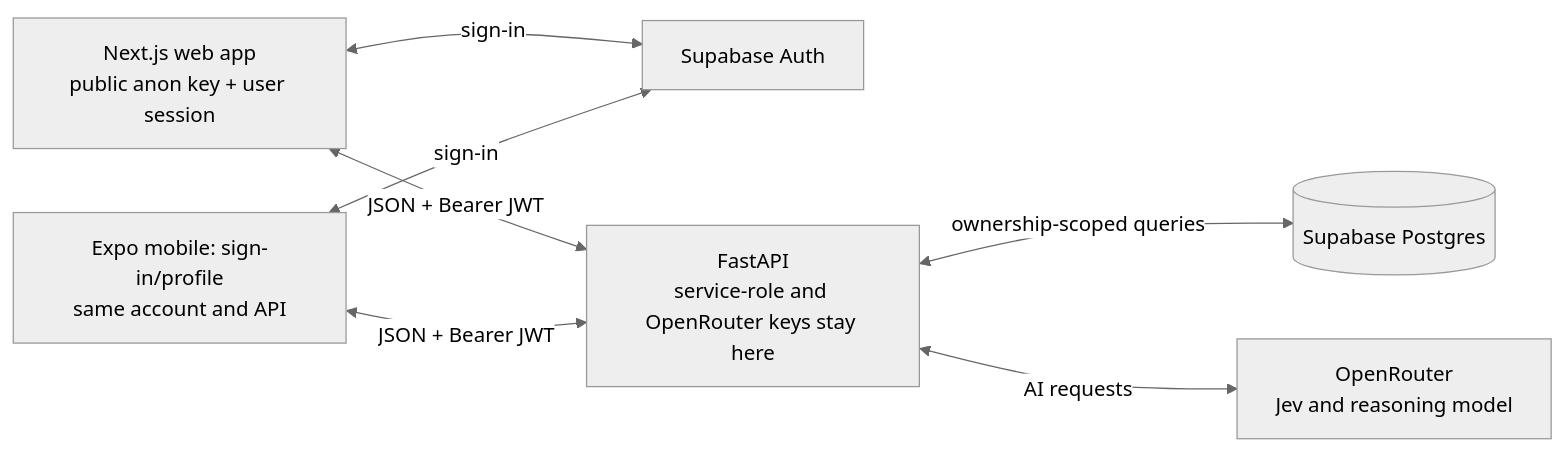
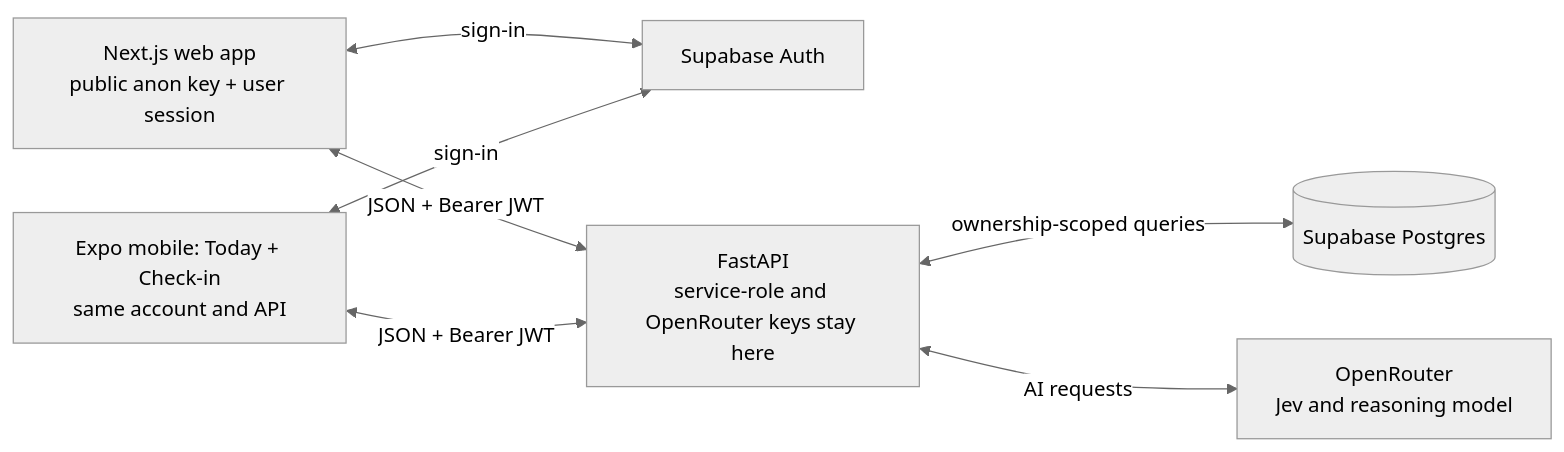
One commit to mnahsanofficial/rhythm-health changed the diagram in README.md. Above: the diagram before and after it, drawn with Mermaid (neutral theme). The commit also changed other lines of this file and 46 other files, not shown here.

````diff
--- a/README.md
+++ b/README.md
@@ -33,15 +33,15 @@
 ```mermaid
 flowchart LR
     UI["Next.js web app<br/>public anon key + user session"]
-    APP["Expo mobile: sign-in/profile<br/>same account and API"]
+    APP["Expo mobile: Today + Check-in<br/>same account and API"]
     AUTH["Supabase Auth"]
     API["FastAPI<br/>service-role and OpenRouter keys stay here"]
     DB[("Supabase Postgres")]
     AI["OpenRouter<br/>Jev and reasoning model"]
     UI <-->|"sign-in"| AUTH
     APP <-->|"sign-in"| AUTH
     UI <-->|"JSON + Bearer JWT"| API
     APP <-->|"JSON + Bearer JWT"| API
     API <-->|"ownership-scoped queries"| DB
     API <-->|"AI requests"| AI
 ```
````
